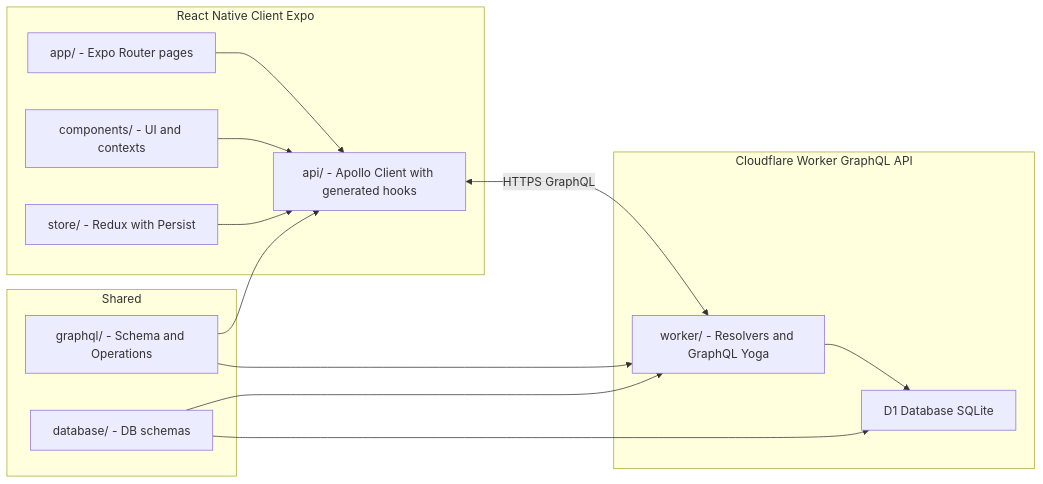
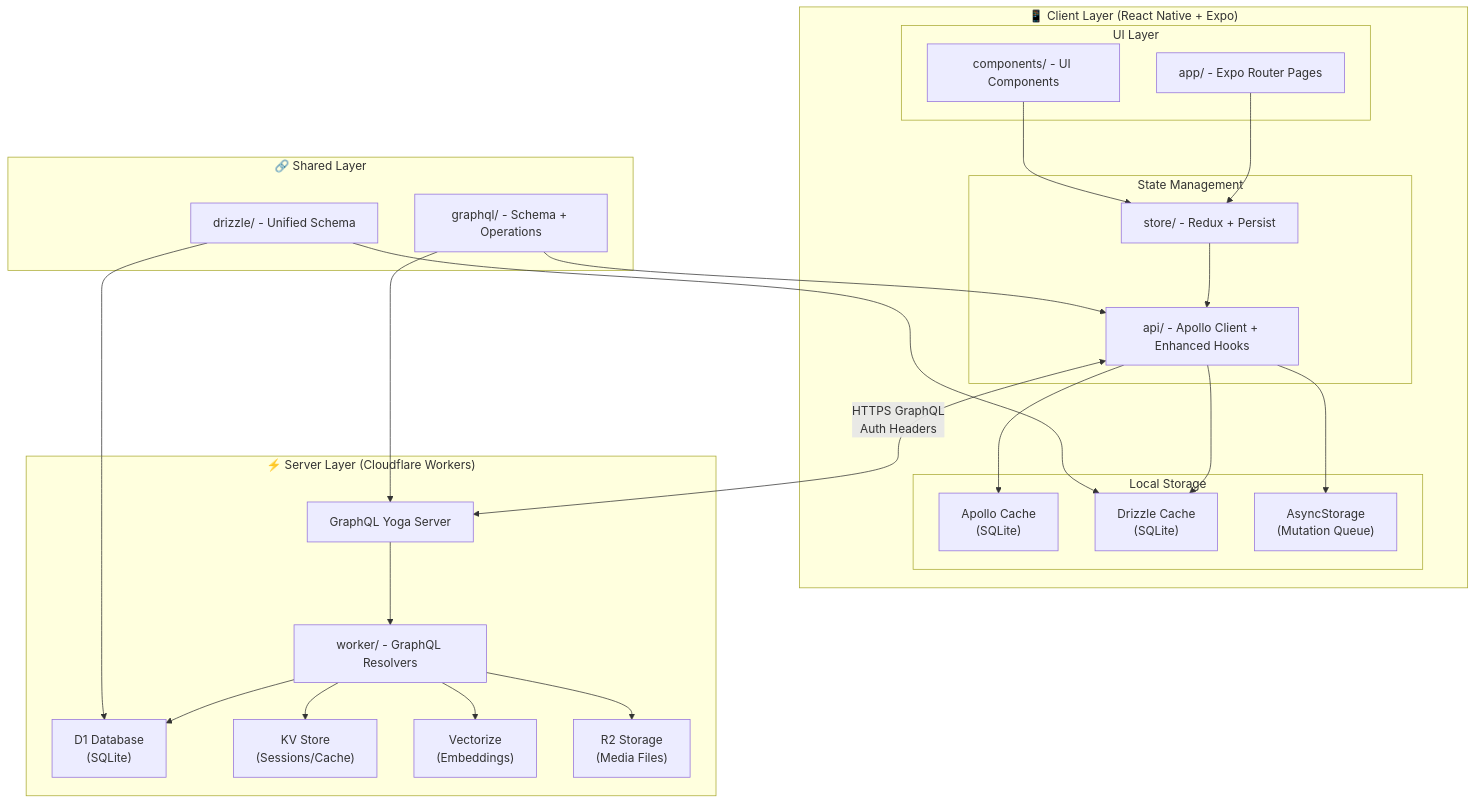
Before and after one commit to mehotkhan/safarnak.app: the first of 11 diagrams in README.md, drawn with Mermaid. The commit also changed other lines of this file and 30 other files, not shown here.

First line of the commit message:
feat: enhance error handling, fix offline status, and add comprehensive architecture docs

````diff
--- a/README.md
+++ b/README.md
@@ -91,29 +91,49 @@
 ```mermaid
-flowchart LR
-  subgraph Client["React Native Client Expo"]
-    A["app/ - Expo Router pages"]
-    B["components/ - UI and contexts"]
-    C["store/ - Redux with Persist"]
-    D["api/ - Apollo Client with generated hooks"]
+flowchart TB
+  subgraph Client["📱 Client Layer (React Native + Expo)"]
+    subgraph UI["UI Layer"]
+      A["app/ - Expo Router Pages"]
+      B["components/ - UI Components"]
+    end
+    subgraph State["State Management"]
+      C["store/ - Redux + Persist"]
+      D["api/ - Apollo Client + Enhanced Hooks"]
+    end
+    subgraph Local["Local Storage"]
+      E["Apollo Cache<br/>(SQLite)"]
+      F["Drizzle Cache<br/>(SQLite)"]
+      G["AsyncStorage<br/>(Mutation Queue)"]
+    end
   end
 
-  subgraph Shared["Shared"]
-    E["graphql/ - Schema and Operations"]
-    F["database/ - DB schemas"]
+  subgraph Shared["🔗 Shared Layer"]
+    H["graphql/ - Schema + Operations"]
+    I["drizzle/ - Unified Schema"]
   end
 
-  subgraph Worker["Cloudflare Worker GraphQL API"]
-    G["worker/ - Resolvers and GraphQL Yoga"]
-    H["D1 Database SQLite"]
+  subgraph Worker["⚡ Server Layer (Cloudflare Workers)"]
+    J["worker/ - GraphQL Resolvers"]
+    K["GraphQL Yoga Server"]
+    L["D1 Database<br/>(SQLite)"]
+    M["KV Store<br/>(Sessions/Cache)"]
+    N["Vectorize<br/>(Embeddings)"]
+    O["R2 Storage<br/>(Media Files)"]
   end
 
-  A --> D
-  B --> D
+  A --> C
+  B --> C
   C --> D
-  D <-->|HTTPS GraphQL| G
-  G --> H
-  E --> D
-  E --> G
-  F --> G
-  F --> H
+  D --> E
+  D --> F
+  D --> G
+  D <-->|HTTPS GraphQL<br/>Auth Headers| K
+  K --> J
+  J --> L
+  J --> M
+  J --> N
+  J --> O
+  H --> D
+  H --> K
+  I --> F
+  I --> L
 ```
````
